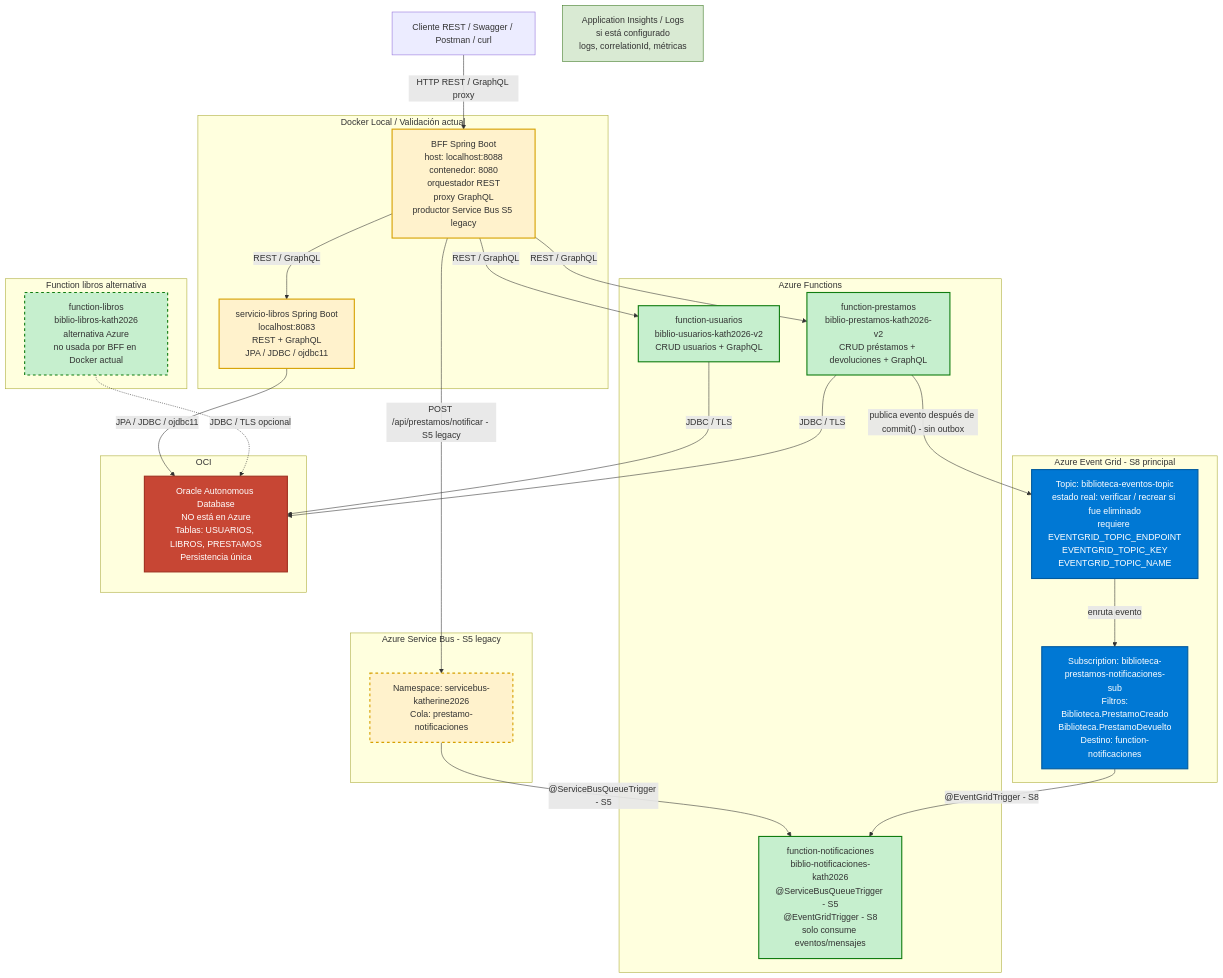
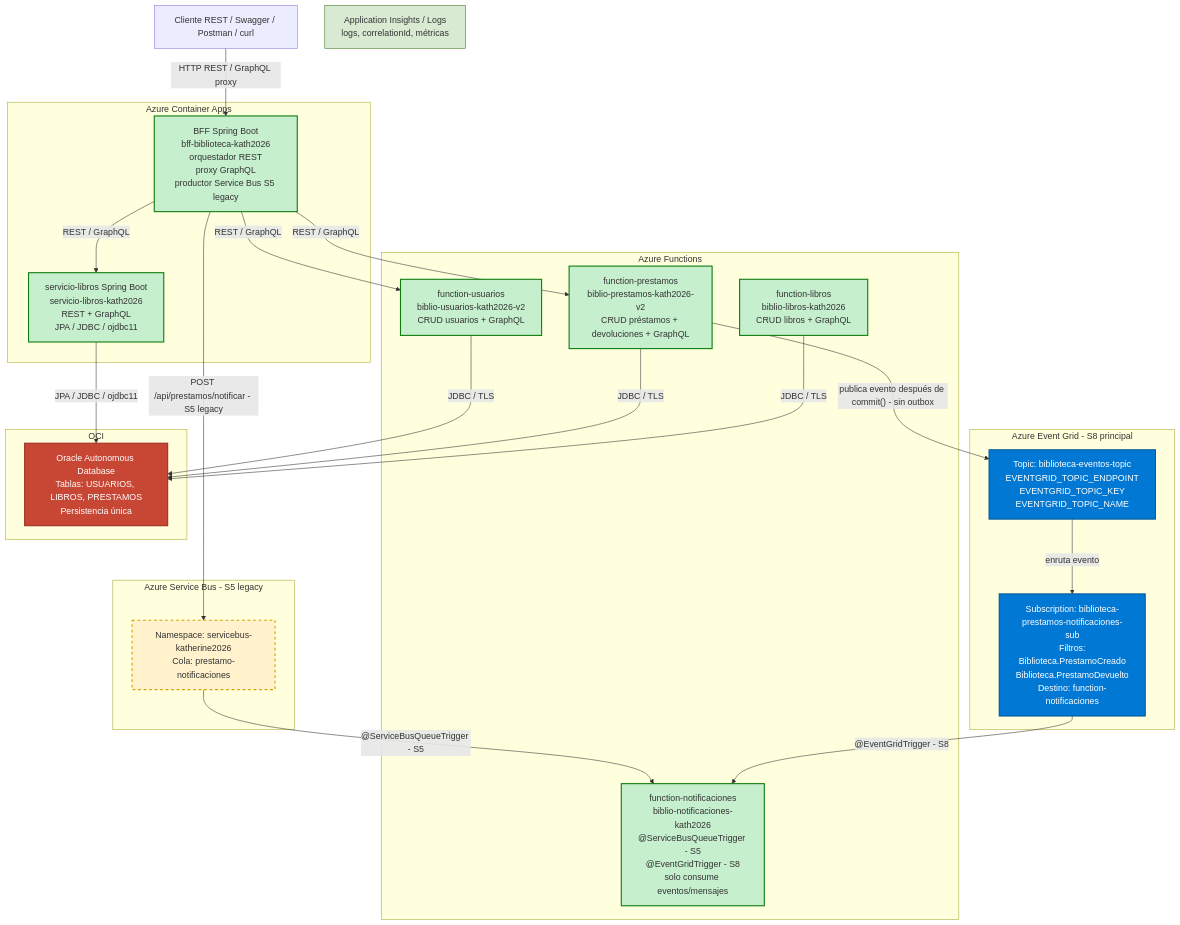
Before and after one commit to Kath-Valenzula/biblioteca-faas-administradora: the diagram in docs/diagrama/diagrama-s8.mmd, drawn with Mermaid. The commit also changed 10 other files, not shown here.

```diff
--- a/docs/diagrama/diagrama-s8.mmd
+++ b/docs/diagrama/diagrama-s8.mmd
@@ -1,51 +1,49 @@
 ---
 config:
   layout: fixed
 ---
 flowchart TB
- subgraph Docker["Docker Local / Validación actual"]
-        BFF["BFF Spring Boot<br>host: localhost:8088<br>contenedor: 8080<br>orquestador REST<br>proxy GraphQL<br>productor Service Bus S5 legacy"]
-        ServicioLibros["servicio-libros Spring Boot<br>localhost:8083<br>REST + GraphQL<br>JPA / JDBC / ojdbc11"]
+ subgraph AzureContainerApps["Azure Container Apps"]
+        BFF["BFF Spring Boot<br>bff-biblioteca-kath2026<br>orquestador REST<br>proxy GraphQL<br>productor Service Bus S5 legacy"]
+        ServicioLibros["servicio-libros Spring Boot<br>servicio-libros-kath2026<br>REST + GraphQL<br>JPA / JDBC / ojdbc11"]
   end
  subgraph AzureFunctions["Azure Functions"]
         Usuarios["function-usuarios<br>biblio-usuarios-kath2026-v2<br>CRUD usuarios + GraphQL"]
         Prestamos["function-prestamos<br>biblio-prestamos-kath2026-v2<br>CRUD préstamos + devoluciones + GraphQL"]
+        FunctionLibros["function-libros<br>biblio-libros-kath2026<br>CRUD libros + GraphQL"]
         Notificaciones["function-notificaciones<br>biblio-notificaciones-kath2026<br>@ServiceBusQueueTrigger - S5<br>@EventGridTrigger - S8<br>solo consume eventos/mensajes"]
   end
  subgraph EventGrid["Azure Event Grid - S8 principal"]
-        EventGridTopic["Topic: biblioteca-eventos-topic<br>estado real: verificar / recrear si fue eliminado<br>requiere EVENTGRID_TOPIC_ENDPOINT<br>EVENTGRID_TOPIC_KEY<br>EVENTGRID_TOPIC_NAME"]
+        EventGridTopic["Topic: biblioteca-eventos-topic<br>EVENTGRID_TOPIC_ENDPOINT<br>EVENTGRID_TOPIC_KEY<br>EVENTGRID_TOPIC_NAME"]
         EventGridSub["Subscription: biblioteca-prestamos-notificaciones-sub<br>Filtros:<br>Biblioteca.PrestamoCreado<br>Biblioteca.PrestamoDevuelto<br>Destino: function-notificaciones"]
   end
  subgraph ServiceBusBox["Azure Service Bus - S5 legacy"]
         ServiceBus["Namespace: servicebus-katherine2026<br>Cola: prestamo-notificaciones"]
   end
  subgraph OCI["OCI"]
-        Oracle["Oracle Autonomous Database<br>NO está en Azure<br>Tablas: USUARIOS, LIBROS, PRESTAMOS<br>Persistencia única"]
-  end
- subgraph LibrosAlt["Function libros alternativa"]
-        FunctionLibros["function-libros<br>biblio-libros-kath2026<br>alternativa Azure<br>no usada por BFF en Docker actual"]
+        Oracle["Oracle Autonomous Database<br>Tablas: USUARIOS, LIBROS, PRESTAMOS<br>Persistencia única"]
   end
     Cliente["Cliente REST / Swagger / Postman / curl"] -- HTTP REST / GraphQL proxy --> BFF
     BFF -- REST / GraphQL --> Usuarios & Prestamos & ServicioLibros
     BFF -- "POST /api/prestamos/notificar - S5 legacy" --> ServiceBus
     ServiceBus -- "@ServiceBusQueueTrigger - S5" --> Notificaciones
     Prestamos -- "publica evento después de commit() - sin outbox" --> EventGridTopic
     EventGridTopic -- enruta evento --> EventGridSub
     EventGridSub -- "@EventGridTrigger - S8" --> Notificaciones
     Usuarios -- JDBC / TLS --> Oracle
     Prestamos -- JDBC / TLS --> Oracle
     ServicioLibros -- JPA / JDBC / ojdbc11 --> Oracle
-    FunctionLibros -. JDBC / TLS opcional .-> Oracle
-    Observabilidad["Application Insights / Logs<br>si está configurado<br>logs, correlationId, métricas"]
+    FunctionLibros -- JDBC / TLS --> Oracle
+    Observabilidad["Application Insights / Logs<br>logs, correlationId, métricas"]
 
-    style BFF fill:#fff2cc,stroke:#d6a000,stroke-width:2px
-    style ServicioLibros fill:#fff2cc,stroke:#d6a000,stroke-width:2px
+    style BFF fill:#c6efce,stroke:#107c10,stroke-width:2px
+    style ServicioLibros fill:#c6efce,stroke:#107c10,stroke-width:2px
     style Usuarios fill:#c6efce,stroke:#107c10,stroke-width:2px
     style Prestamos fill:#c6efce,stroke:#107c10,stroke-width:2px
+    style FunctionLibros fill:#c6efce,stroke:#107c10,stroke-width:2px
     style Notificaciones fill:#c6efce,stroke:#107c10,stroke-width:2px
     style EventGridTopic fill:#0078d4,color:#fff,stroke:#005a9e,stroke-width:2px
     style EventGridSub fill:#0078d4,color:#fff,stroke:#005a9e,stroke-width:2px
     style ServiceBus fill:#fff2cc,stroke:#d6a000,stroke-width:2px,stroke-dasharray:5 5
     style Oracle fill:#c74634,color:#fff,stroke:#a03020,stroke-width:2px
-    style FunctionLibros fill:#c6efce,stroke:#107c10,stroke-width:2px,stroke-dasharray:5 5
     style Observabilidad fill:#d9ead3,stroke:#38761d
```
